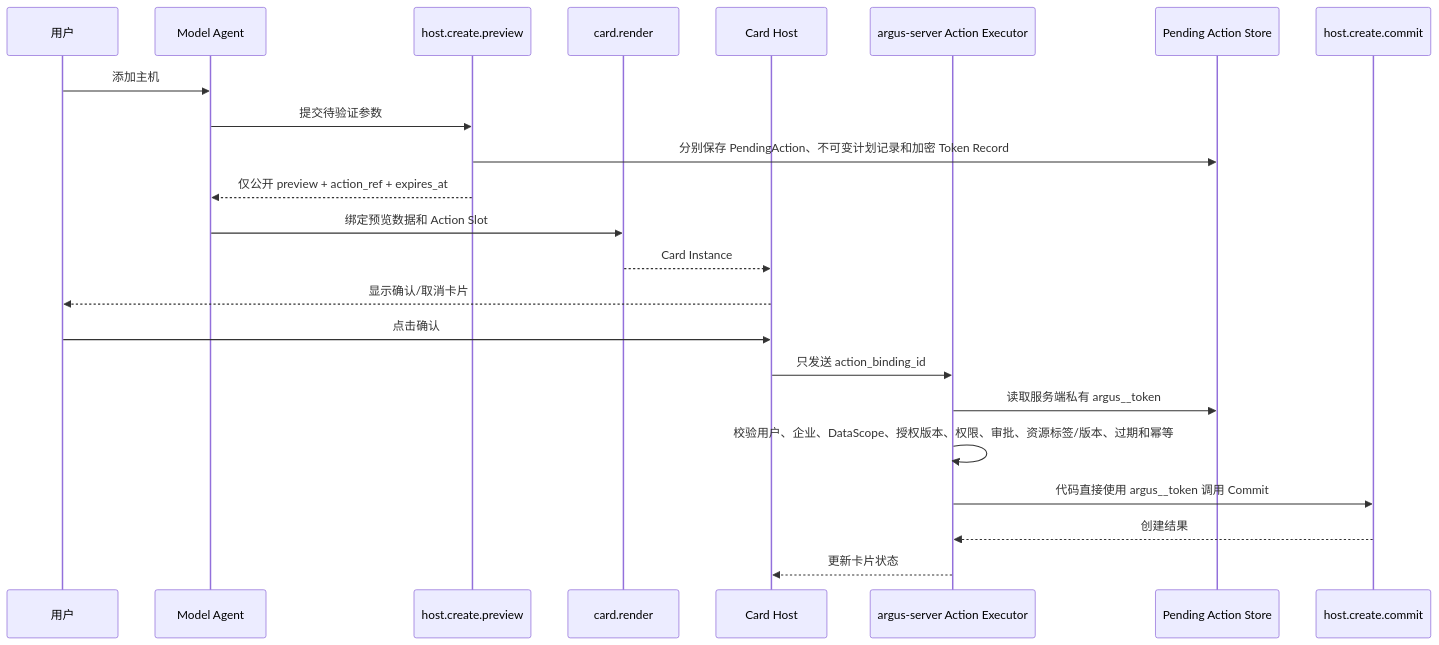
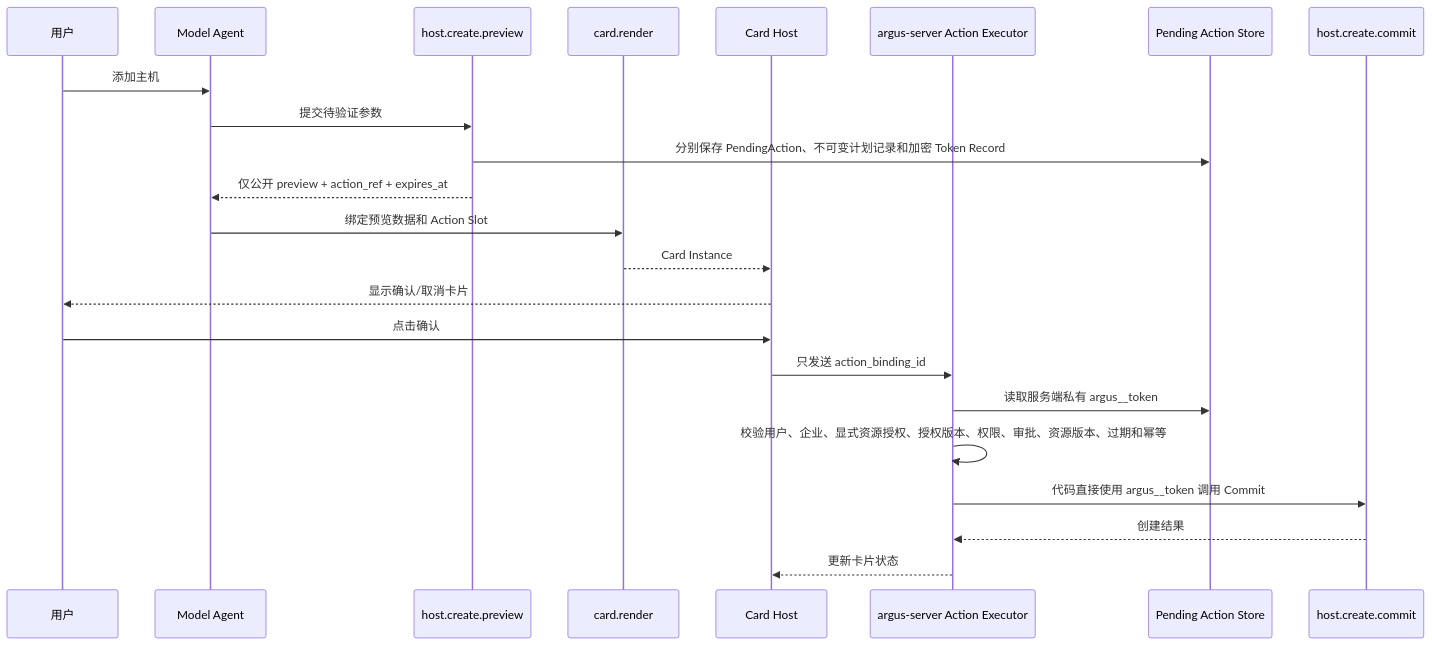
Before and after one commit to kakj-go/Argus: the first of 2 diagrams in docs/04-agent-mcp-and-action-workflow.md, drawn with Mermaid. The commit also changed other lines of this file and 372 other files, not shown here.

````diff
--- a/docs/04-agent-mcp-and-action-workflow.md
+++ b/docs/04-agent-mcp-and-action-workflow.md
@@ -192,26 +194,26 @@
 ```mermaid
 sequenceDiagram
     participant U as 用户
     participant A as Model Agent
     participant P as host.create.preview
     participant R as card.render
     participant H as Card Host
     participant E as argus-server Action Executor
     participant S as Pending Action Store
     participant C as host.create.commit
 
     U->>A: 添加主机
     A->>P: 提交待验证参数
     P->>S: 分别保存 PendingAction、不可变计划记录和加密 Token Record
     P-->>A: 仅公开 preview + action_ref + expires_at
     A->>R: 绑定预览数据和 Action Slot
     R-->>H: Card Instance
     H-->>U: 显示确认/取消卡片
     U->>H: 点击确认
     H->>E: 只发送 action_binding_id
     E->>S: 读取服务端私有 argus__token
-    E->>E: 校验用户、企业、DataScope、授权版本、权限、审批、资源标签/版本、过期和幂等
+    E->>E: 校验用户、企业、显式资源授权、授权版本、权限、审批、资源版本、过期和幂等
     E->>C: 代码直接使用 argus__token 调用 Commit
     C-->>E: 创建结果
     E-->>H: 更新卡片状态
 ```
````
